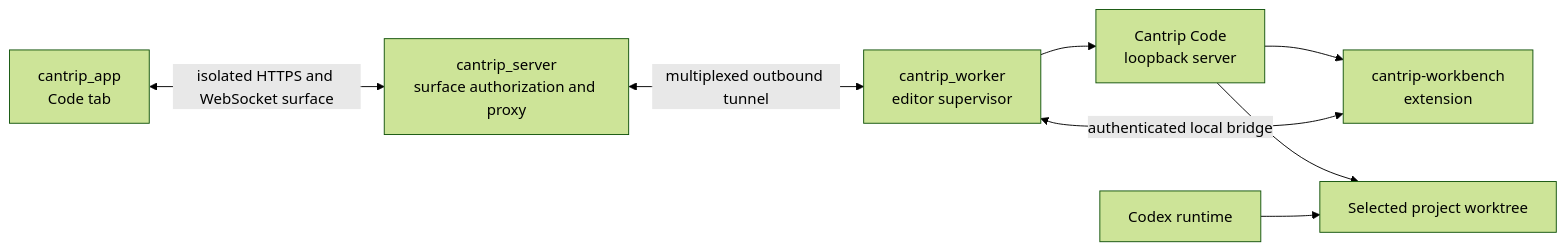
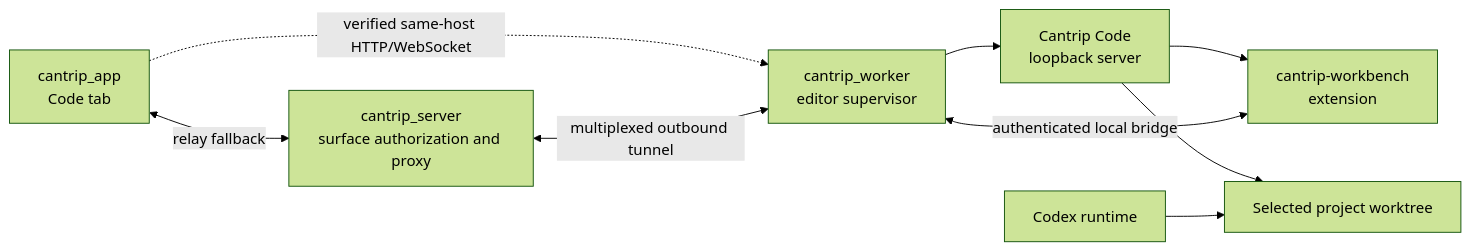
One commit to ArcaneArts/Cantrip changed the diagram in docs/CODE.md. Above: the diagram before and after it, drawn with Mermaid (forest theme). The commit also changed other lines of this file and 21 other files, not shown here.

````diff
--- a/docs/CODE.md
+++ b/docs/CODE.md
@@ -249,18 +249,19 @@
 ```mermaid
 flowchart LR
     APP["cantrip_app<br/>Code tab"]
     SERVER["cantrip_server<br/>surface authorization and proxy"]
     WORKER["cantrip_worker<br/>editor supervisor"]
     CODE["Cantrip Code<br/>loopback server"]
     BRIDGE["cantrip-workbench<br/>extension"]
     TREE["Selected project worktree"]
     AGENT["Codex runtime"]
 
-    APP <-->|"isolated HTTPS and WebSocket surface"| SERVER
+    APP <-->|"relay fallback"| SERVER
+    APP -. "verified same-host HTTP/WebSocket" .-> WORKER
     SERVER <-->|"multiplexed outbound tunnel"| WORKER
     WORKER --> CODE
     CODE --> BRIDGE
     CODE --> TREE
     BRIDGE <-->|"authenticated local bridge"| WORKER
     AGENT --> TREE
 ```
````
